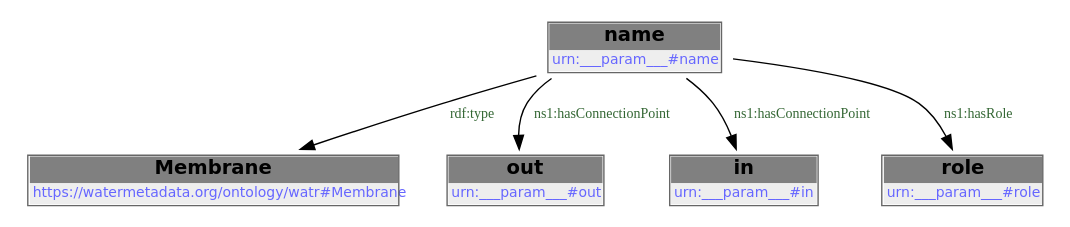
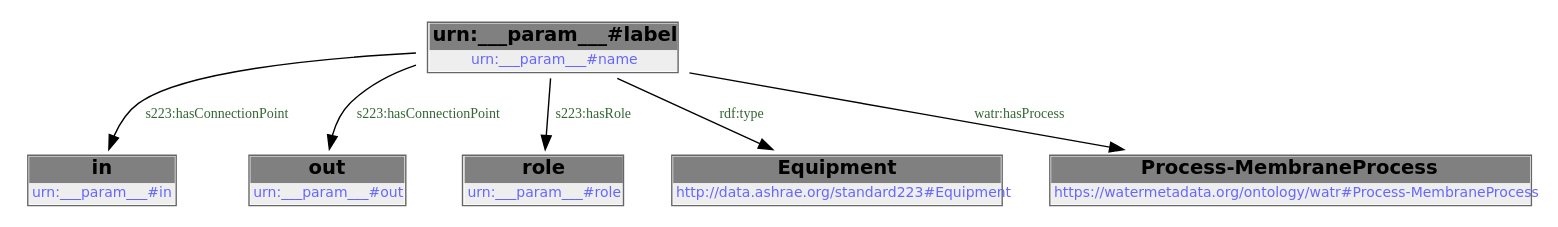
Before and after one commit to DataDrivenCPS/water-ontology: the diagram in docs/libraries/templates/membrane.rst, drawn with Graphviz. The commit also changed other lines of this file and 83 other files, not shown here.

```diff
--- a/docs/libraries/templates/membrane.rst
+++ b/docs/libraries/templates/membrane.rst
@@ -78,14 +80,22 @@
-        .. graphviz::
+.. graphviz::
 
-                digraph G {
-            node [fontname="DejaVu Sans"];
-            node0 -> node1 [color=BLACK, label=< <font point-size='10' color='#336633'>rdf:type</font> >];
-            node0 -> node2 [color=BLACK, label=< <font point-size='10' color='#336633'>ns1:hasConnectionPoint</font> >];
-            node0 -> node3 [color=BLACK, label=< <font point-size='10' color='#336633'>ns1:hasConnectionPoint</font> >];
-            node0 -> node4 [color=BLACK, label=< <font point-size='10' color='#336633'>ns1:hasRole</font> >];
-            node0 [shape=none, color=black, label=< <table color='#666666' cellborder='0' cellspacing='0' border='1'><tr><td colspan='2' bgcolor='grey'><B>name</B></td></tr><tr><td href='urn:___param___#name' bgcolor='#eeeeee' colspan='2'><font point-size='10' color='#6666ff'>urn:___param___#name</font></td></tr></table> >];
-            node1 [shape=none, color=black, label=< <table color='#666666' cellborder='0' cellspacing='0' border='1'><tr><td colspan='2' bgcolor='grey'><B>Membrane</B></td></tr><tr><td href='https://watermetadata.org/ontology/watr#Membrane' bgcolor='#eeeeee' colspan='2'><font point-size='10' color='#6666ff'>https://watermetadata.org/ontology/watr#Membrane</font></td></tr></table> >];
-            node2 [shape=none, color=black, label=< <table color='#666666' cellborder='0' cellspacing='0' border='1'><tr><td colspan='2' bgcolor='grey'><B>out</B></td></tr><tr><td href='urn:___param___#out' bgcolor='#eeeeee' colspan='2'><font point-size='10' color='#6666ff'>urn:___param___#out</font></td></tr></table> >];
-            node3 [shape=none, color=black, label=< <table color='#666666' cellborder='0' cellspacing='0' border='1'><tr><td colspan='2' bgcolor='grey'><B>in</B></td></tr><tr><td href='urn:___param___#in' bgcolor='#eeeeee' colspan='2'><font point-size='10' color='#6666ff'>urn:___param___#in</font></td></tr></table> >];
-            node4 [shape=none, color=black, label=< <table color='#666666' cellborder='0' cellspacing='0' border='1'><tr><td colspan='2' bgcolor='grey'><B>role</B></td></tr><tr><td href='urn:___param___#role' bgcolor='#eeeeee' colspan='2'><font point-size='10' color='#6666ff'>urn:___param___#role</font></td></tr></table> >];
-            }
+    digraph {
+     node [ fontname="DejaVu Sans" ] ;
+        node0 -> node1 [ color=BLACK, label=< <font point-size='10' color='#336633'>s223:hasConnectionPoint</font> > ] ;
+        node0 -> node2 [ color=BLACK, label=< <font point-size='10' color='#336633'>s223:hasConnectionPoint</font> > ] ;
+        node0 -> node3 [ color=BLACK, label=< <font point-size='10' color='#336633'>s223:hasRole</font> > ] ;
+        node0 -> node4 [ color=BLACK, label=< <font point-size='10' color='#336633'>rdf:type</font> > ] ;
+        node0 -> node5 [ color=BLACK, label=< <font point-size='10' color='#336633'>watr:hasProcess</font> > ] ;
+    # urn:___param___#name node0
+    node0 [ shape=none, color=black label=< <table color='#666666' cellborder='0' cellspacing='0' border='1'><tr><td colspan='2' bgcolor='grey'><B>urn:___param___#label</B></td></tr><tr><td href='urn:___param___#name' bgcolor='#eeeeee' colspan='2'><font point-size='10' color='#6666ff'>urn:___param___#name</font></td></tr></table> > ]
+    # urn:___param___#in node1
+    node1 [ shape=none, color=black label=< <table color='#666666' cellborder='0' cellspacing='0' border='1'><tr><td colspan='2' bgcolor='grey'><B>in</B></td></tr><tr><td href='urn:___param___#in' bgcolor='#eeeeee' colspan='2'><font point-size='10' color='#6666ff'>urn:___param___#in</font></td></tr></table> > ]
+    # urn:___param___#out node2
+    node2 [ shape=none, color=black label=< <table color='#666666' cellborder='0' cellspacing='0' border='1'><tr><td colspan='2' bgcolor='grey'><B>out</B></td></tr><tr><td href='urn:___param___#out' bgcolor='#eeeeee' colspan='2'><font point-size='10' color='#6666ff'>urn:___param___#out</font></td></tr></table> > ]
+    # urn:___param___#role node3
+    node3 [ shape=none, color=black label=< <table color='#666666' cellborder='0' cellspacing='0' border='1'><tr><td colspan='2' bgcolor='grey'><B>role</B></td></tr><tr><td href='urn:___param___#role' bgcolor='#eeeeee' colspan='2'><font point-size='10' color='#6666ff'>urn:___param___#role</font></td></tr></table> > ]
+    # http://data.ashrae.org/standard223#Equipment node4
+    node4 [ shape=none, color=black label=< <table color='#666666' cellborder='0' cellspacing='0' border='1'><tr><td colspan='2' bgcolor='grey'><B>Equipment</B></td></tr><tr><td href='http://data.ashrae.org/standard223#Equipment' bgcolor='#eeeeee' colspan='2'><font point-size='10' color='#6666ff'>http://data.ashrae.org/standard223#Equipment</font></td></tr></table> > ]
+    # https://watermetadata.org/ontology/watr#Process-MembraneProcess node5
+    node5 [ shape=none, color=black label=< <table color='#666666' cellborder='0' cellspacing='0' border='1'><tr><td colspan='2' bgcolor='grey'><B>Process-MembraneProcess</B></td></tr><tr><td href='https://watermetadata.org/ontology/watr#Process-MembraneProcess' bgcolor='#eeeeee' colspan='2'><font point-size='10' color='#6666ff'>https://watermetadata.org/ontology/watr#Process-MembraneProcess</font></td></tr></table> > ]
+    }
```
